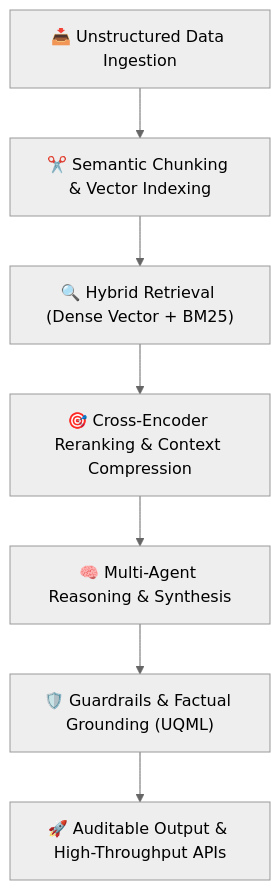
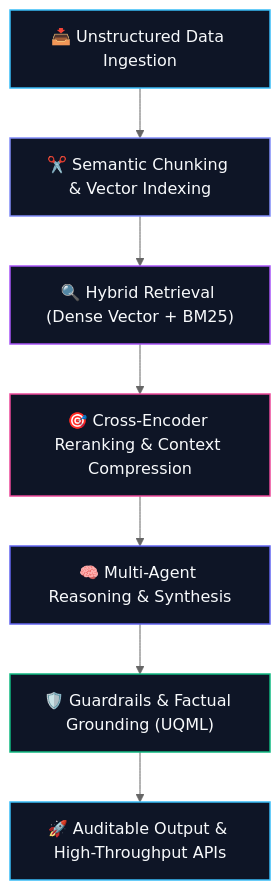
Before and after one commit to lasithadilshan/lasithadilshan: the diagram in README.md, drawn with Mermaid (neutral theme). The commit also changed other lines of this file and 2 other files, not shown here.

Commit message:
Optimize profile README with Deep Research Agent showcase, animated SVG effects, and styled architecture diagram

````diff
--- a/README.md
+++ b/README.md
@@ -230,9 +243,17 @@
 ```mermaid
 flowchart TD
     A["📥 Unstructured Data Ingestion"] --> B["✂️ Semantic Chunking & Vector Indexing"]
     B --> C["🔍 Hybrid Retrieval (Dense Vector + BM25)"]
     C --> D["🎯 Cross-Encoder Reranking & Context Compression"]
     D --> E["🧠 Multi-Agent Reasoning & Synthesis"]
     E --> F["🛡️ Guardrails & Factual Grounding (UQML)"]
     F --> G["🚀 Auditable Output & High-Throughput APIs"]
+
+    style A fill:#0e1526,stroke:#38bdf8,stroke-width:1.5px,color:#f8fafc
+    style B fill:#0e1526,stroke:#818cf8,stroke-width:1.5px,color:#f8fafc
+    style C fill:#0e1526,stroke:#a855f7,stroke-width:1.5px,color:#f8fafc
+    style D fill:#0e1526,stroke:#ec4899,stroke-width:1.5px,color:#f8fafc
+    style E fill:#0e1526,stroke:#6366f1,stroke-width:1.5px,color:#f8fafc
+    style F fill:#0e1526,stroke:#10b981,stroke-width:1.5px,color:#f8fafc
+    style G fill:#0e1526,stroke:#38bdf8,stroke-width:1.5px,color:#f8fafc
 ```
````
